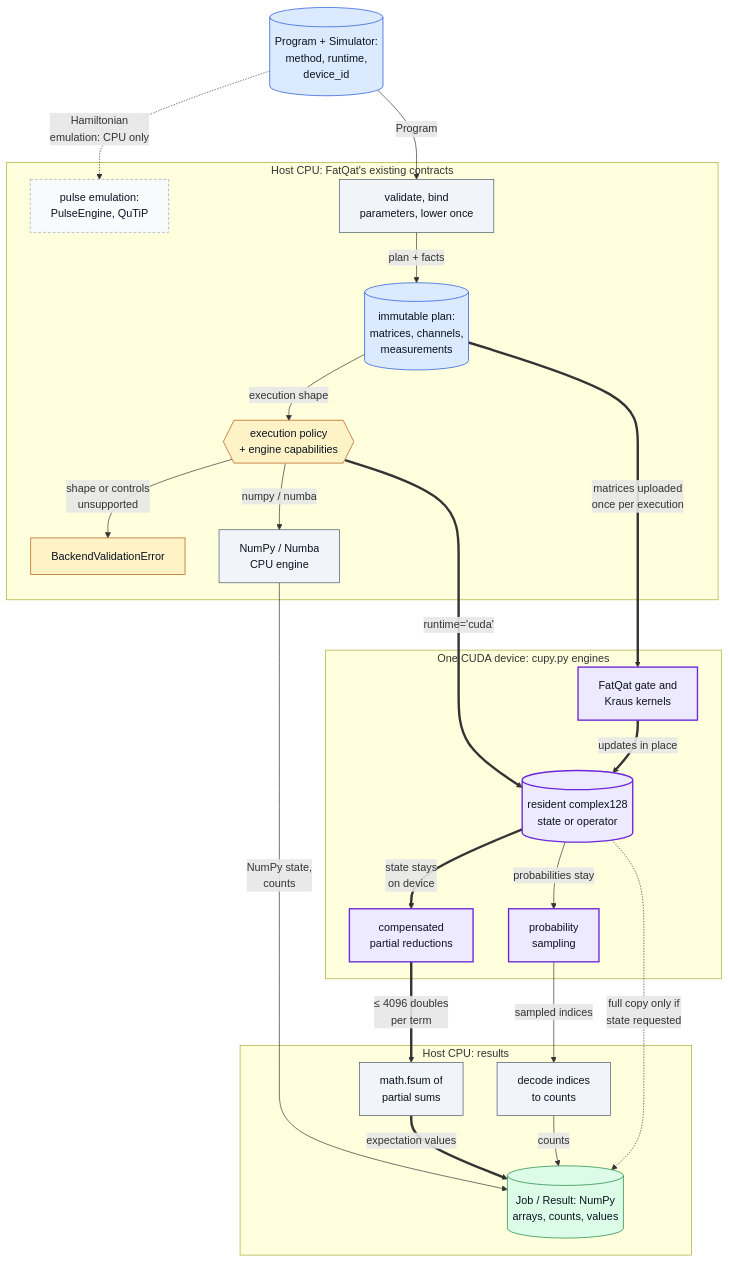
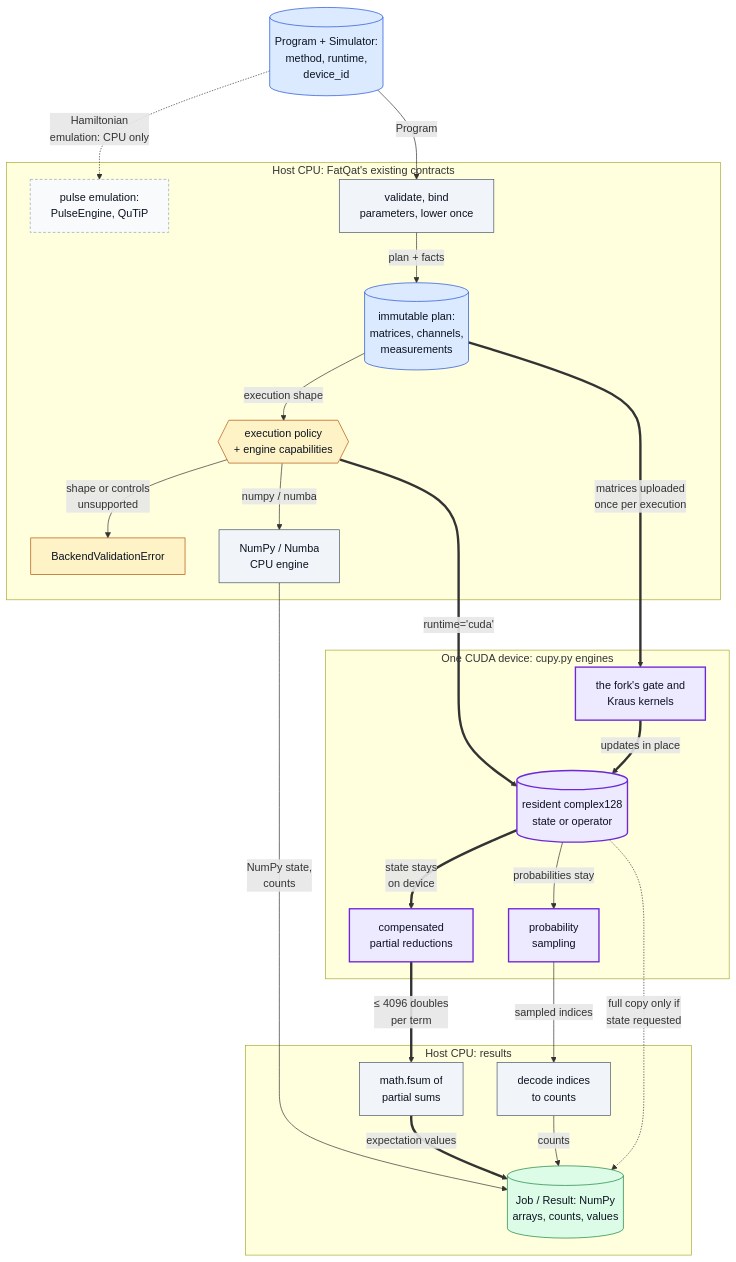
The first of 2 diagrams in README.md (oscar-chw/fatqat-cuda), drawn with Mermaid before and after one commit. The commit also changed other lines of this file and 19 other files, not shown here.

````diff
--- a/README.md
+++ b/README.md
@@ -11,48 +11,48 @@
 ```mermaid
 flowchart TB
   P[("Program + Simulator:<br/>method, runtime,<br/>device_id")]:::data
   subgraph HOST["Host CPU: FatQat's existing contracts"]
     PE["pulse emulation:<br/>PulseEngine, QuTiP"]:::ext
     L["validate, bind<br/>parameters, lower once"]:::step
     E[("immutable plan:<br/>matrices, channels,<br/>measurements")]:::data
     C{{"execution policy<br/>+ engine capabilities"}}:::gate
     X["BackendValidationError"]:::gate
     N["NumPy / Numba<br/>CPU engine"]:::step
   end
   subgraph DEV["One CUDA device: cupy.py engines"]
-    K["FatQat gate and<br/>Kraus kernels"]:::key
+    K["the fork's gate and<br/>Kraus kernels"]:::key
     S[("resident complex128<br/>state or operator")]:::key
     O["compensated<br/>partial reductions"]:::key
     M["probability<br/>sampling"]:::key
   end
   subgraph BACK["Host CPU: results"]
     F["math.fsum of<br/>partial sums"]:::step
     D["decode indices<br/>to counts"]:::step
     J[("Job / Result: NumPy<br/>arrays, counts, values")]:::out
   end
 
   P -->|"Program"| L
   P -.->|"Hamiltonian<br/>emulation: CPU only"| PE
   L -->|"plan + facts"| E
   E -->|"execution shape"| C
   C -->|"shape or controls<br/>unsupported"| X
   C -->|"numpy / numba"| N
   N -->|"NumPy state,<br/>counts"| J
   C ==>|"runtime='cuda'"| S
   E ====>|"matrices uploaded<br/>once per execution"| K
   K ==>|"updates in place"| S
   S ==>|"state stays<br/>on device"| O
   O ==>|"≤ 4096 doubles<br/>per term"| F
   F ==>|"expectation values"| J
   S -->|"probabilities stay"| M
   M -->|"sampled indices"| D
   D -->|"counts"| J
   S -.->|"full copy only if<br/>state requested"| J
 
   classDef data fill:#dbeafe,stroke:#1d4ed8,color:#0b1220
   classDef step fill:#f1f5f9,stroke:#475569,color:#0b1220
   classDef gate fill:#fef3c7,stroke:#b45309,color:#0b1220
   classDef out  fill:#dcfce7,stroke:#15803d,color:#0b1220
   classDef ext  fill:#f8fafc,stroke:#94a3b8,color:#0b1220,stroke-dasharray:4 3
   classDef key  fill:#ede9fe,stroke:#6d28d9,color:#0b1220,stroke-width:2px
 ```
````
